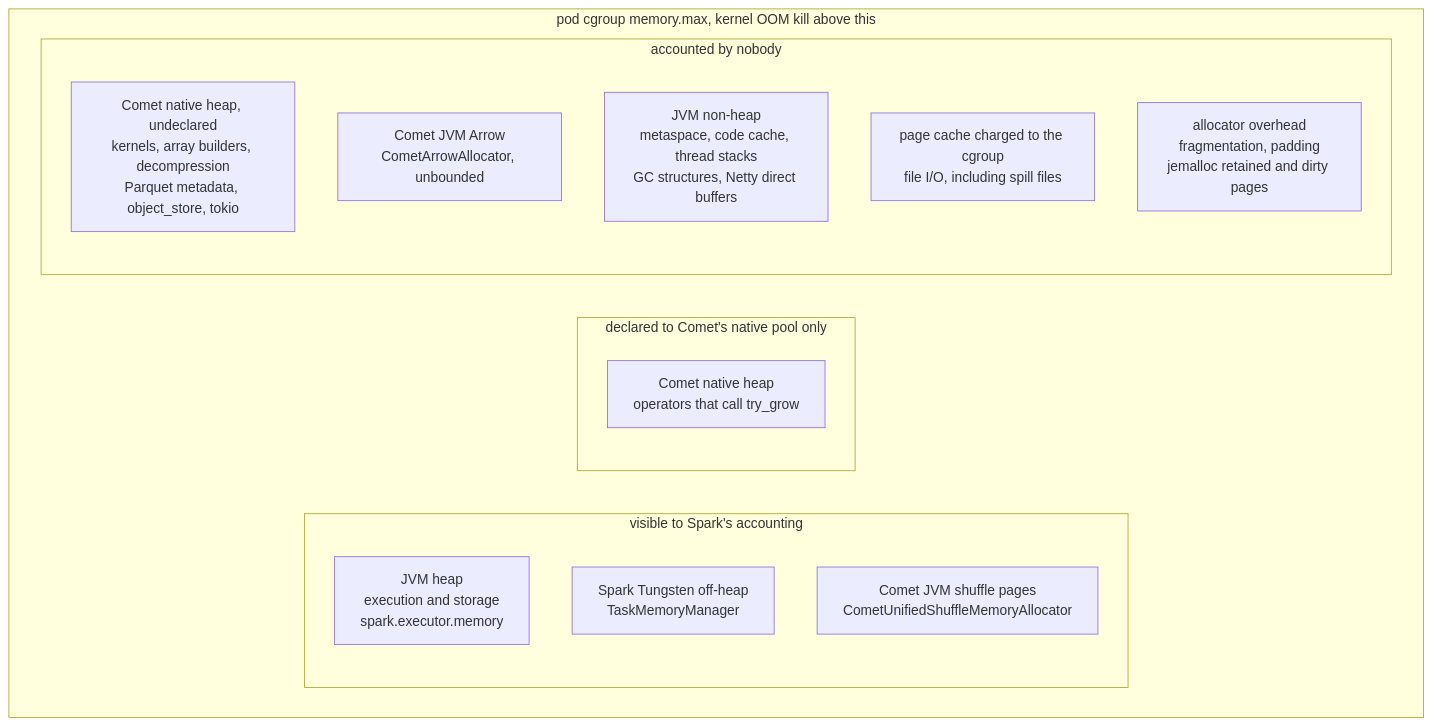
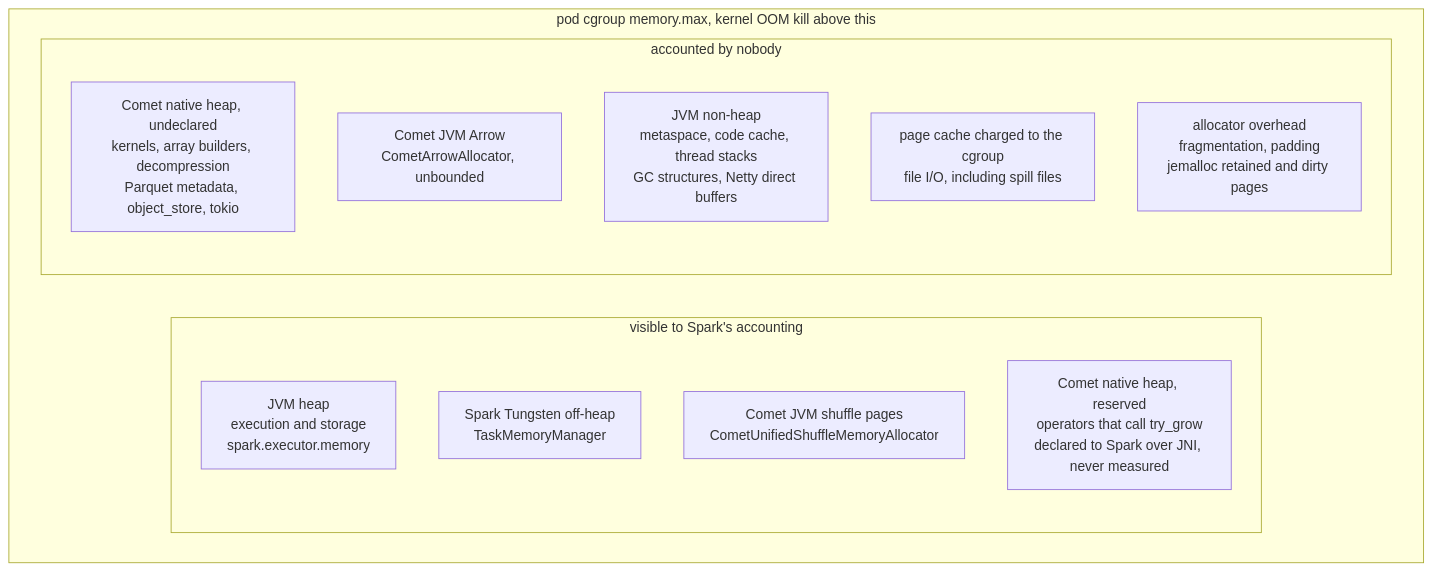
The second of 2 diagrams in docs/source/contributor-guide/memory_management.md (apache/datafusion-comet), drawn with Mermaid before and after one commit. The commit also changed other lines of this file, not shown here.

First line of the commit message:
docs: show declared native reservations as charged to Spark's budget

````diff
--- a/docs/source/contributor-guide/memory_management.md
+++ b/docs/source/contributor-guide/memory_management.md
@@ -393,20 +395,18 @@
 ```mermaid
 flowchart TB
   subgraph CG["pod cgroup memory.max, kernel OOM kill above this"]
     subgraph SEEN["visible to Spark's accounting"]
       HEAP["JVM heap<br>execution and storage<br>spark.executor.memory"]
       TUNG["Spark Tungsten off-heap<br>TaskMemoryManager"]
       SHUFP["Comet JVM shuffle pages<br>CometUnifiedShuffleMemoryAllocator"]
-    end
-    subgraph DECL["declared to Comet's native pool only"]
-      NATRES["Comet native heap<br>operators that call try_grow"]
+      NATRES["Comet native heap, reserved<br>operators that call try_grow<br>declared to Spark over JNI, never measured"]
     end
     subgraph NONE["accounted by nobody"]
       NATUND["Comet native heap, undeclared<br>kernels, array builders, decompression<br>Parquet metadata, object_store, tokio"]
       ARROWR["Comet JVM Arrow<br>CometArrowAllocator, unbounded"]
       NONHEAP["JVM non-heap<br>metaspace, code cache, thread stacks<br>GC structures, Netty direct buffers"]
       PAGEC["page cache charged to the cgroup<br>file I/O, including spill files"]
       FRAG["allocator overhead<br>fragmentation, padding<br>jemalloc retained and dirty pages"]
     end
   end
 ```
````
